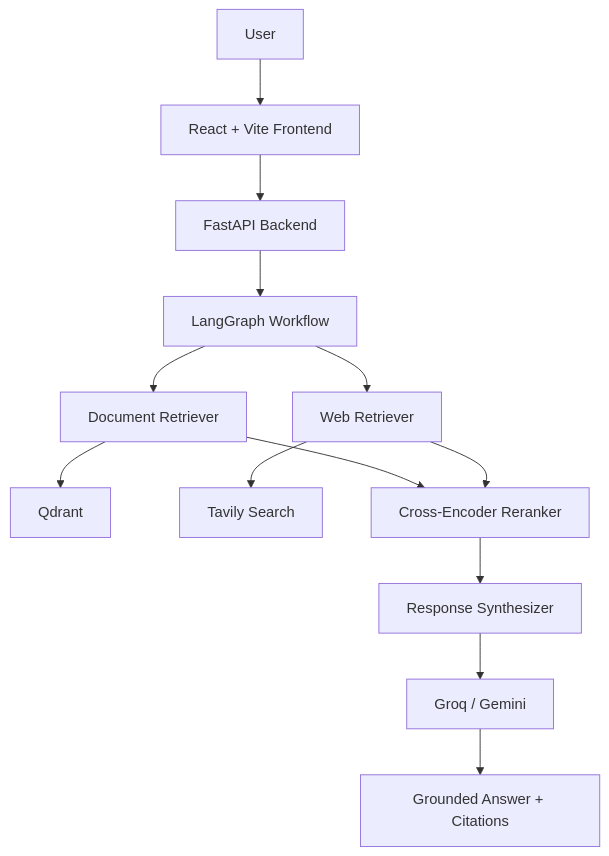
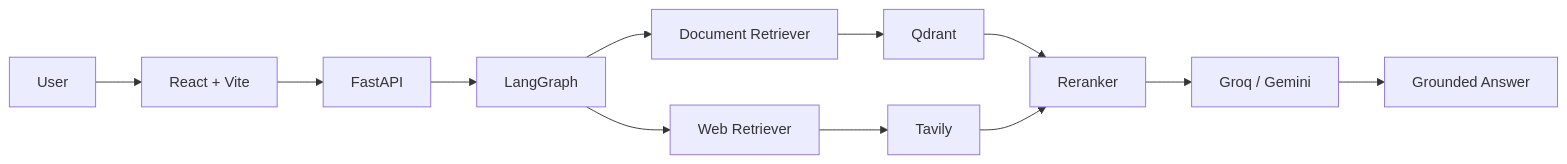
Before and after one commit to ChetanVK10/Multi-Source-Research-Agent: the diagram in README.md, drawn with Mermaid. The commit also changed other lines of this file, not shown here.

````diff
--- a/README.md
+++ b/README.md
@@ -108,22 +104,18 @@
-``` mermaid
-flowchart TD
-    U[User]
-    F[React + Vite Frontend]
-    B[FastAPI Backend]
-    G[LangGraph Workflow]
-    D[Document Retriever]
-    W[Web Retriever]
-    Q[Qdrant]
-    T[Tavily Search]
-    R[Cross-Encoder Reranker]
-    S[Response Synthesizer]
-    L[Groq / Gemini]
-    A[Grounded Answer + Citations]
+```mermaid
+flowchart LR
+    U[User] --> F[React + Vite]
+    F --> B[FastAPI]
+    B --> G[LangGraph]
 
-    U-->F-->B-->G
-    G-->D-->Q
-    G-->W-->T
-    D-->R
-    W-->R
-    R-->S-->L-->A
+    G --> D[Document Retriever]
+    G --> W[Web Retriever]
+
+    D --> Q[Qdrant]
+    W --> T[Tavily]
+
+    Q --> R[Reranker]
+    T --> R
+
+    R --> L[Groq / Gemini]
+    L --> A[Grounded Answer]
 ```
````
